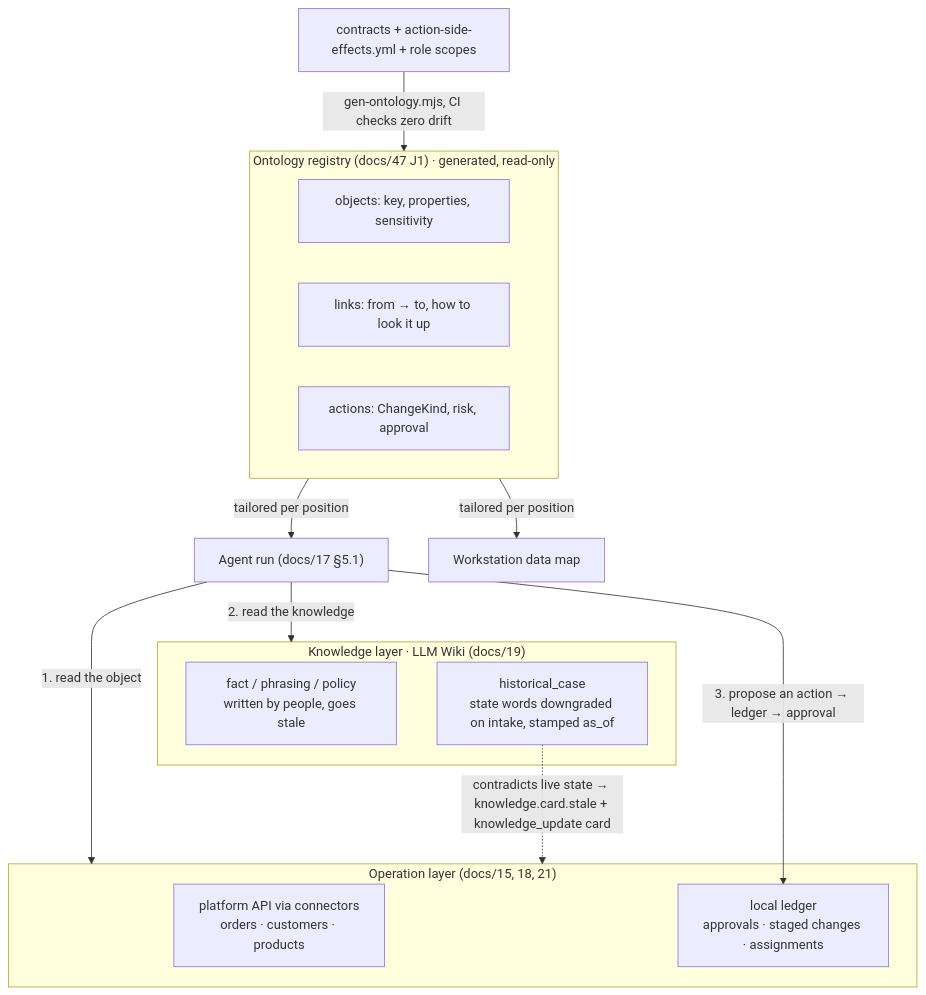
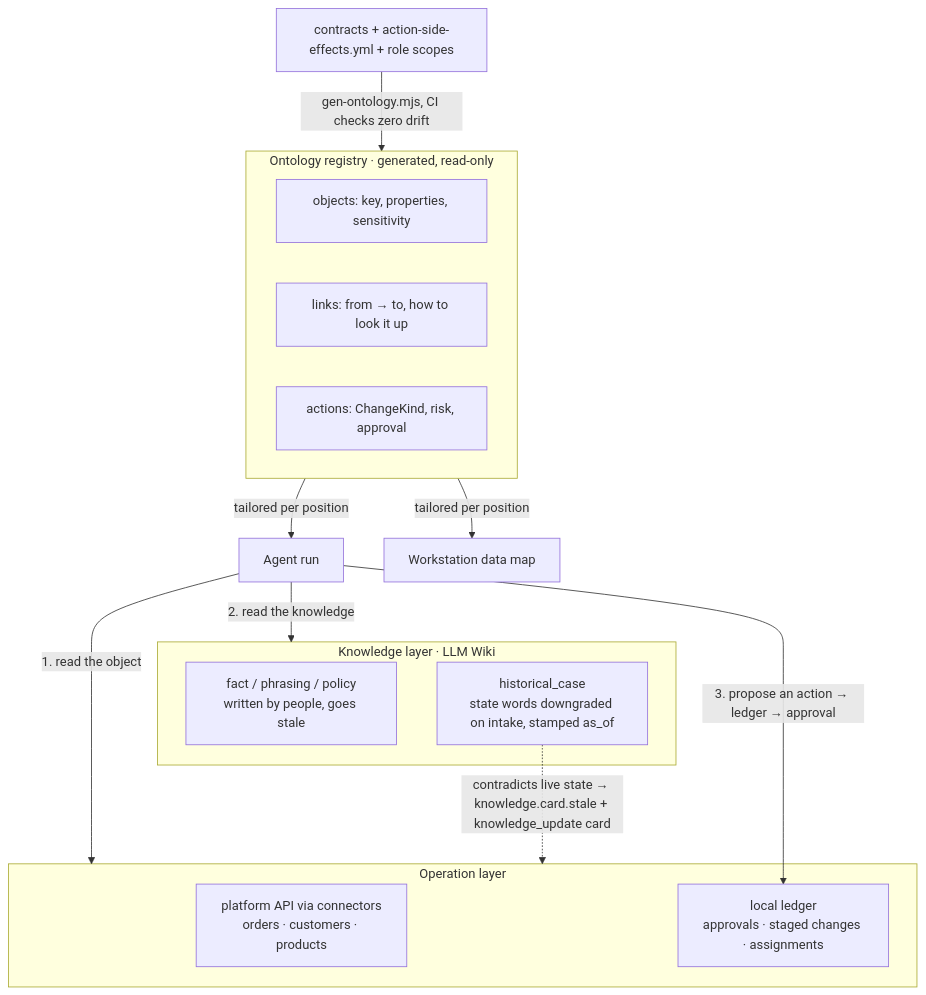
Before and after one commit to Luoye-W/agentsws: the diagram in docs/ARCHITECTURE.md, drawn with Mermaid. The commit also changed other lines of this file and 8 other files, not shown here.

First line of the commit message:
chore(repo): WP383 收尾——模板、SECURITY、ARCHITECTURE 不再依赖内部文档；README 留给 WP384

````diff
--- a/docs/ARCHITECTURE.md
+++ b/docs/ARCHITECTURE.md
@@ -74,26 +73,26 @@
 ```mermaid
 flowchart TB
-  subgraph K["Knowledge layer · LLM Wiki (docs/19)"]
+  subgraph K["Knowledge layer · LLM Wiki"]
     K1["fact / phrasing / policy<br/>written by people, goes stale"]
     K2["historical_case<br/>state words downgraded on intake, stamped as_of"]
   end
 
-  subgraph R["Ontology registry (docs/47 J1) · generated, read-only"]
+  subgraph R["Ontology registry · generated, read-only"]
     R1["objects: key, properties, sensitivity"]
     R2["links: from → to, how to look it up"]
     R3["actions: ChangeKind, risk, approval"]
   end
 
-  subgraph O["Operation layer (docs/15, 18, 21)"]
+  subgraph O["Operation layer"]
     O1["platform API via connectors<br/>orders · customers · products"]
     O2["local ledger<br/>approvals · staged changes · assignments"]
   end
 
   C["contracts + action-side-effects.yml + role scopes"] -- "gen-ontology.mjs, CI checks zero drift" --> R
-  R -- "tailored per position" --> A["Agent run (docs/17 §5.1)"]
+  R -- "tailored per position" --> A["Agent run"]
   R -- "tailored per position" --> U["Workstation data map"]
   A -- "1. read the object" --> O
   A -- "2. read the knowledge" --> K
   A -- "3. propose an action → ledger → approval" --> O2
   K2 -. "contradicts live state → knowledge.card.stale + knowledge_update card" .-> O
 ```
````
